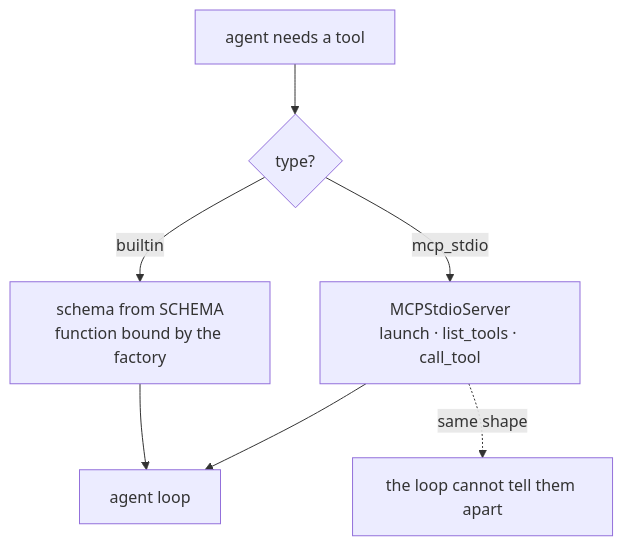
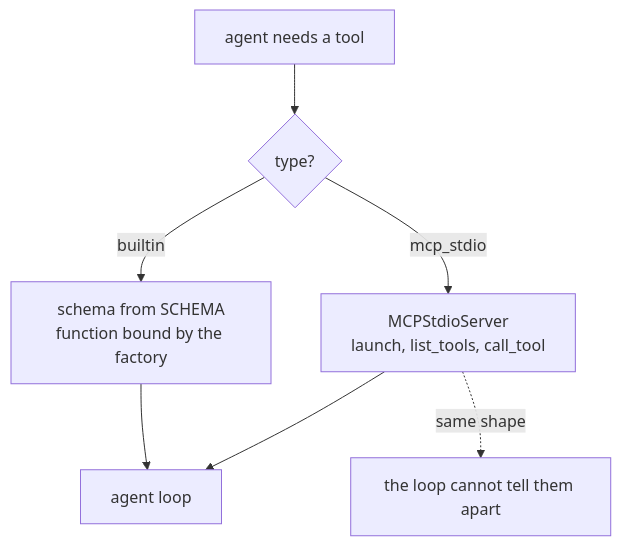
One commit to Lagmator22/ovat changed the fifth of 11 diagrams in docs/ARCHITECTURE.md. Above: the diagram before and after it, drawn with Mermaid. The commit also changed other lines of this file, not shown here.

First line of the commit message:
docs(architecture): diagrams, the docs site, and what changed since 1.0

````diff
--- a/docs/ARCHITECTURE.md
+++ b/docs/ARCHITECTURE.md
@@ -329,9 +395,9 @@
 ```mermaid
 flowchart TD
     Need["agent needs a tool"] --> Type{"type?"}
     Type -->|"builtin"| B["schema from SCHEMA<br/>function bound by the factory"]
-    Type -->|"mcp_stdio"| M["MCPStdioServer<br/>launch · list_tools · call_tool"]
+    Type -->|"mcp_stdio"| M["MCPStdioServer<br/>launch, list_tools, call_tool"]
     B --> Loop["agent loop"]
     M --> Loop
     M -.->|"same shape"| Note["the loop cannot tell them apart"]
 ```
````
